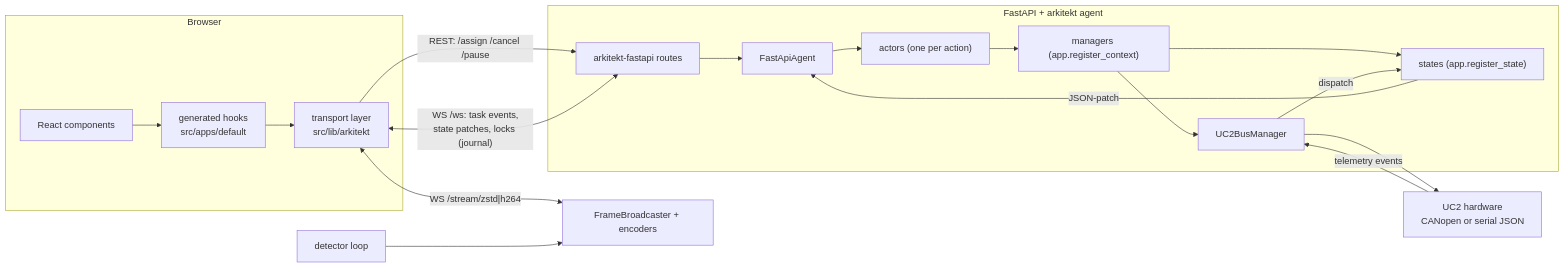
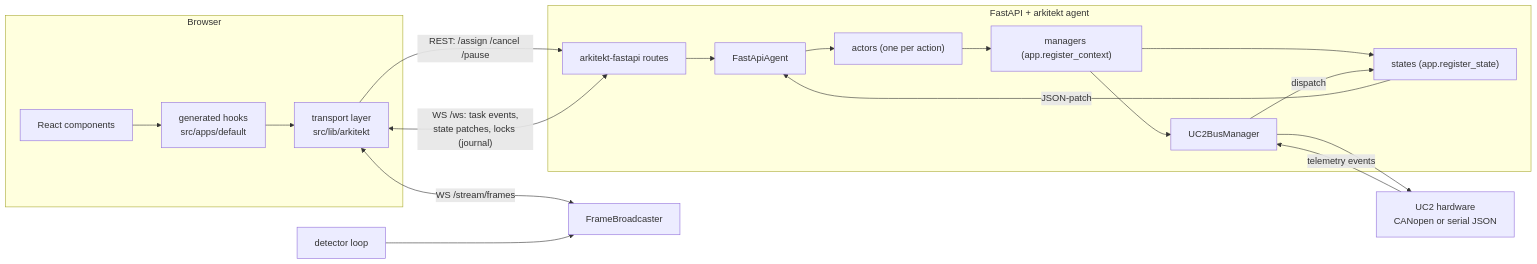
Before and after one commit to openUC2/newswitch: the first of 2 diagrams in docs/ARCHITECTURE.md, drawn with Mermaid. The commit also changed other lines of this file and 35 other files, not shown here.

````diff
--- a/docs/ARCHITECTURE.md
+++ b/docs/ARCHITECTURE.md
@@ -45,21 +45,21 @@
 ```mermaid
 flowchart LR
     subgraph Browser
         UI[React components] --> Hooks[generated hooks<br/>src/apps/default]
         Hooks --> TP[transport layer<br/>src/lib/arkitekt]
     end
     TP -- "REST: /assign /cancel /pause" --> API
     TP <-- "WS /ws: task events,<br/>state patches, locks (journal)" --> API
-    TP <-- "WS /stream/zstd|h264" --> ENC[FrameBroadcaster + encoders]
+    TP <-- "WS /stream/frames" --> ENC[FrameBroadcaster]
     subgraph Backend[FastAPI + arkitekt agent]
         API[arkitekt-fastapi routes] --> AG[FastApiAgent]
         AG --> ACT["actors (one per action)"]
         ACT --> MGR["managers (app.register_context)"]
         MGR --> ST["states (app.register_state)"]
         ST -- JSON-patch --> AG
         MGR --> BUS[UC2BusManager]
     end
     BUS --> HW[UC2 hardware<br/>CANopen or serial JSON]
     HW -- telemetry events --> BUS -- dispatch --> ST
     DET[detector loop] --> ENC
 ```
````
